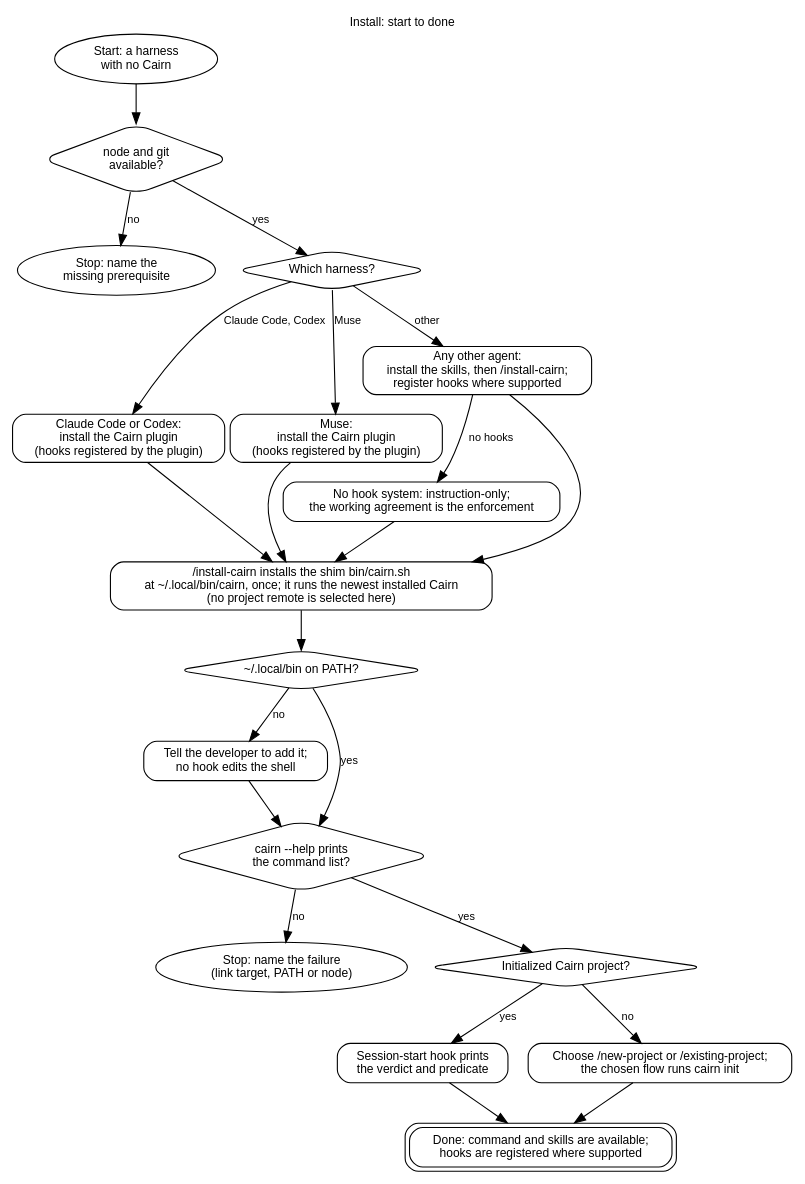
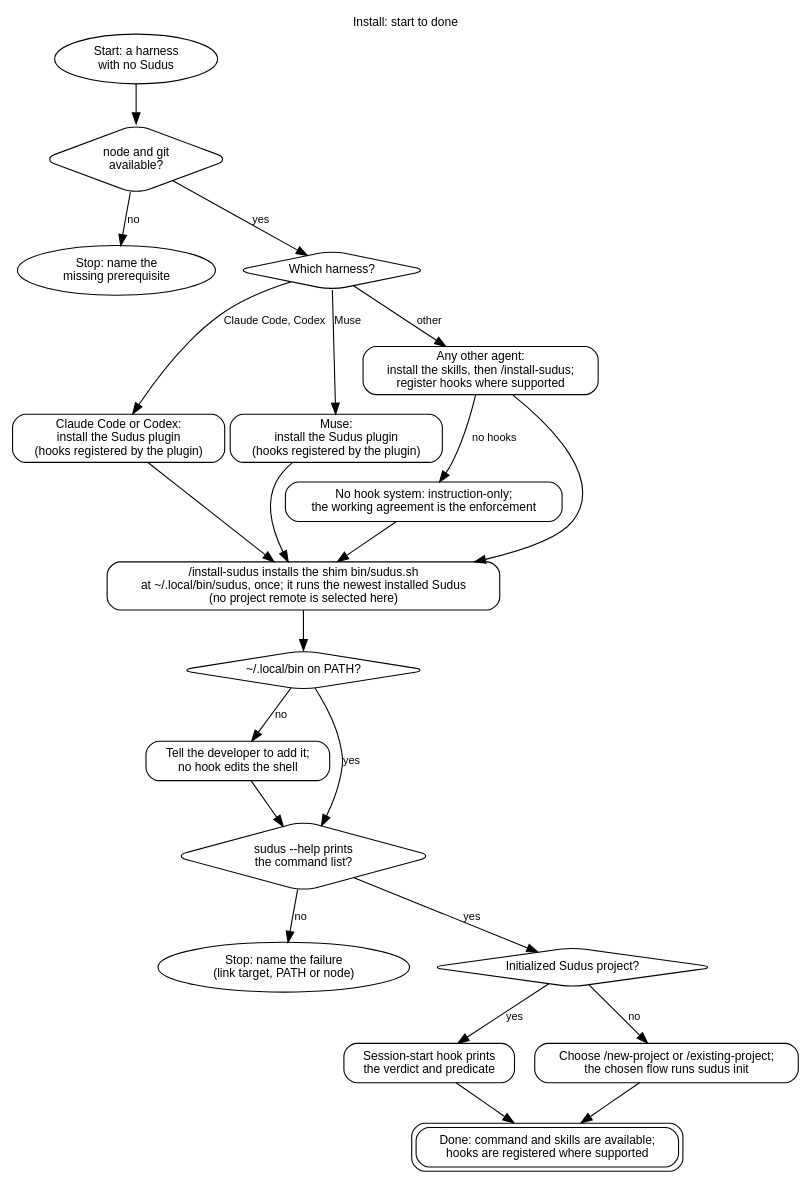
The diagram in docs/diagrams/install.dot (eas4ai/cairn), drawn with Graphviz before and after one commit. The commit also changed 103 other files, not shown here.

First line of the commit message:
Rename Cairn to Sudus across the command, plugins, skills, spec, docs and tests

```diff
--- a/docs/diagrams/install.dot
+++ b/docs/diagrams/install.dot
@@ -1,43 +1,43 @@
 // Install: global harness setup. Project policy is initialized by an entry skill.
 digraph install {
   rankdir=TB;
   graph [fontname="Helvetica", fontsize=11, labelloc=t, label="Install: start to done"];
   node  [shape=box, style=rounded, fontname="Helvetica", fontsize=11];
   edge  [fontname="Helvetica", fontsize=10];
 
-  start [shape=oval, label="Start: a harness\nwith no Cairn"];
+  start [shape=oval, label="Start: a harness\nwith no Sudus"];
   prereq [shape=diamond, label="node and git\navailable?"];
   missing [shape=oval, label="Stop: name the\nmissing prerequisite"];
   harness [shape=diamond, label="Which harness?"];
-  cc [label="Claude Code or Codex:\ninstall the Cairn plugin\n(hooks registered by the plugin)"];
-  muse [label="Muse:\ninstall the Cairn plugin\n(hooks registered by the plugin)"];
-  other [label="Any other agent:\ninstall the skills, then /install-cairn;\nregister hooks where supported"];
+  cc [label="Claude Code or Codex:\ninstall the Sudus plugin\n(hooks registered by the plugin)"];
+  muse [label="Muse:\ninstall the Sudus plugin\n(hooks registered by the plugin)"];
+  other [label="Any other agent:\ninstall the skills, then /install-sudus;\nregister hooks where supported"];
   nohooks [label="No hook system: instruction-only;\nthe working agreement is the enforcement"];
-  link [label="/install-cairn installs the shim bin/cairn.sh\nat ~/.local/bin/cairn, once; it runs the newest installed Cairn\n(no project remote is selected here)"];
+  link [label="/install-sudus installs the shim bin/sudus.sh\nat ~/.local/bin/sudus, once; it runs the newest installed Sudus\n(no project remote is selected here)"];
   path [shape=diamond, label="~/.local/bin on PATH?"];
   addpath [label="Tell the developer to add it;\nno hook edits the shell"];
-  help [shape=diamond, label="cairn --help prints\nthe command list?"];
+  help [shape=diamond, label="sudus --help prints\nthe command list?"];
   broken [shape=oval, label="Stop: name the failure\n(link target, PATH or node)"];
-  project [shape=diamond, label="Initialized Cairn project?"];
+  project [shape=diamond, label="Initialized Sudus project?"];
   wake [label="Session-start hook prints\nthe verdict and predicate"];
-  choose [label="Choose /new-project or /existing-project;\nthe chosen flow runs cairn init"];
+  choose [label="Choose /new-project or /existing-project;\nthe chosen flow runs sudus init"];
   done [shape=box, peripheries=2, label="Done: command and skills are available;\nhooks are registered where supported"];
 
   start -> prereq;
   prereq -> missing [label="no"];
   prereq -> harness [label="yes"];
   harness -> cc [label="Claude Code, Codex"];
   harness -> muse [label="Muse"];
   harness -> other [label="other"];
   other -> nohooks [label="no hooks"];
   cc -> link; muse -> link; other -> link; nohooks -> link;
   link -> path;
   path -> addpath [label="no"];
   path -> help [label="yes"];
   addpath -> help;
   help -> broken [label="no"];
   help -> project [label="yes"];
   project -> wake [label="yes"];
   project -> choose [label="no"];
   wake -> done; choose -> done;
 }
```
